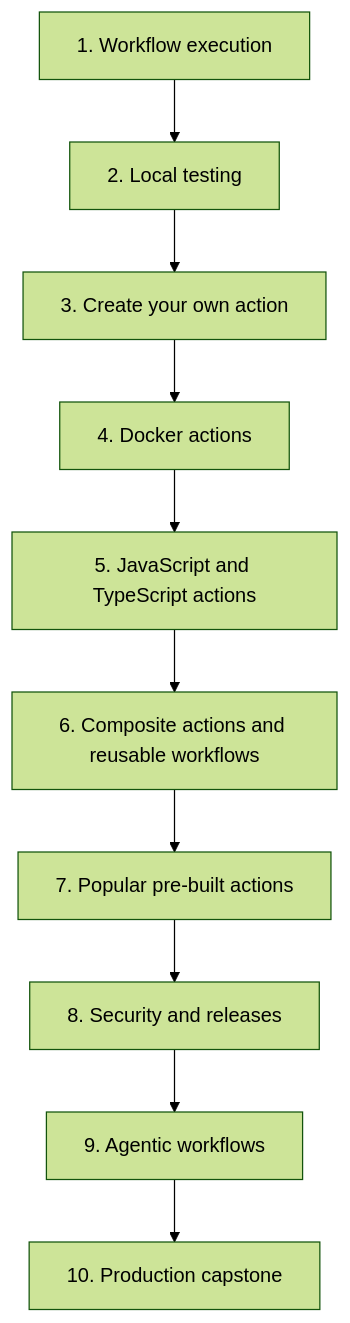
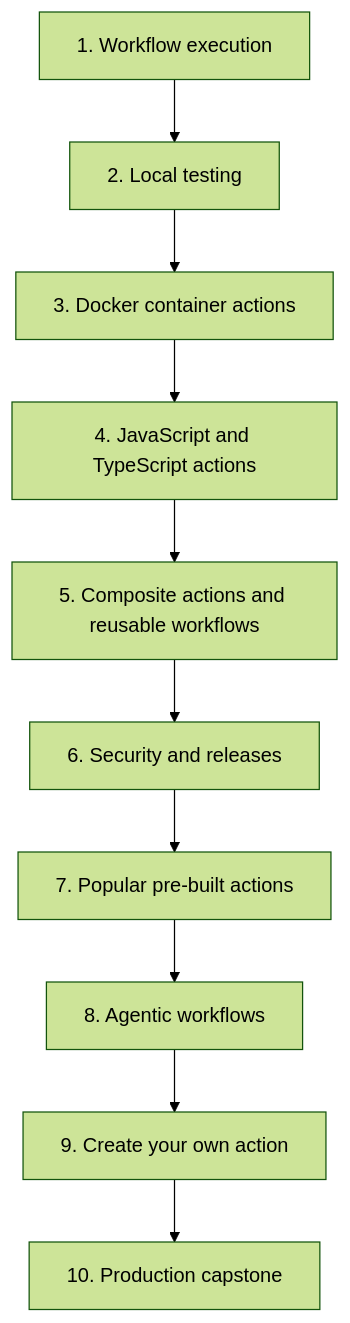
One commit to Rohit1024/actions-learn changed the diagram in docs/index.md. Above: the diagram before and after it, drawn with Mermaid (forest theme). The commit also changed other lines of this file and 169 other files, not shown here.

````diff
--- a/docs/index.md
+++ b/docs/index.md
@@ -58,12 +58,12 @@
 ```mermaid
 flowchart TD
     M1["1. Workflow execution"] --> M2["2. Local testing"]
-    M2 --> M3["3. Create your own action"]
-    M3 --> M4["4. Docker actions"]
-    M4 --> M5["5. JavaScript and TypeScript actions"]
-    M5 --> M6["6. Composite actions and reusable workflows"]
+    M2 --> M3["3. Docker container actions"]
+    M3 --> M4["4. JavaScript and TypeScript actions"]
+    M4 --> M5["5. Composite actions and reusable workflows"]
+    M5 --> M6["6. Security and releases"]
     M6 --> M7["7. Popular pre-built actions"]
-    M7 --> M8["8. Security and releases"]
-    M8 --> M9["9. Agentic workflows"]
+    M7 --> M8["8. Agentic workflows"]
+    M8 --> M9["9. Create your own action"]
     M9 --> M10["10. Production capstone"]
 ```
````
